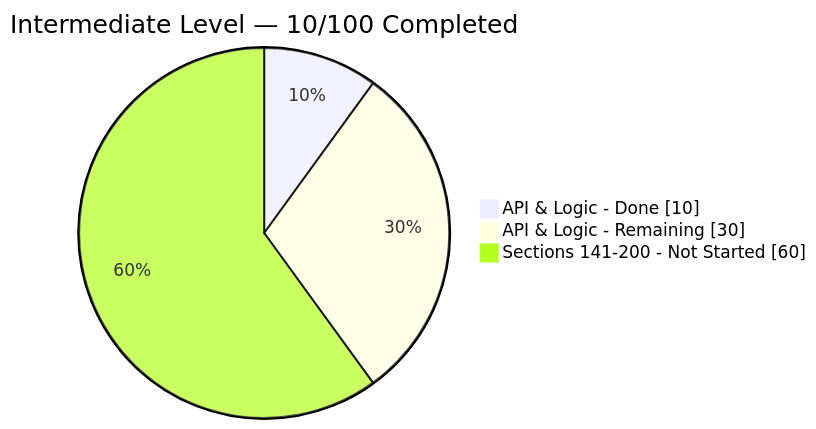
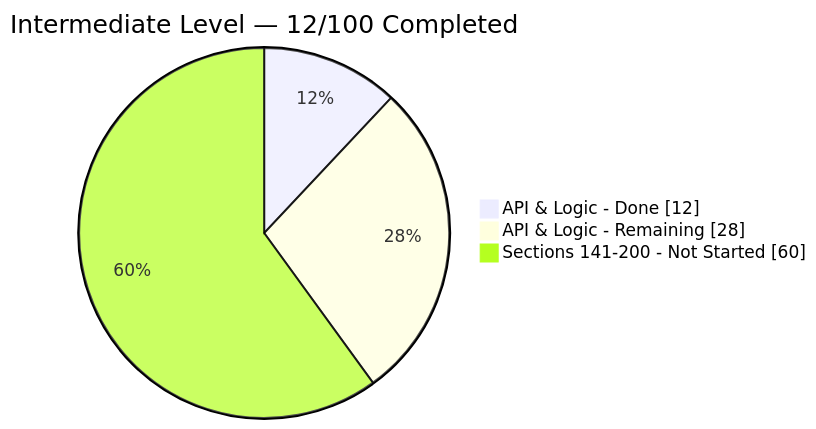
The diagram in Intermediate-Level/README.md (Debanga-06/Code-Odessey), drawn with Mermaid before and after one commit. The commit also changed other lines of this file and 4 other files, not shown here.

````diff
--- a/Intermediate-Level/README.md
+++ b/Intermediate-Level/README.md
@@ -27,7 +27,7 @@
 ```mermaid
 pie showData
-    title Intermediate Level — 10/100 Completed
-    "API & Logic - Done" : 10
-    "API & Logic - Remaining" : 30
+    title Intermediate Level — 12/100 Completed
+    "API & Logic - Done" : 12
+    "API & Logic - Remaining" : 28
     "Sections 141-200 - Not Started" : 60
 ```
````
